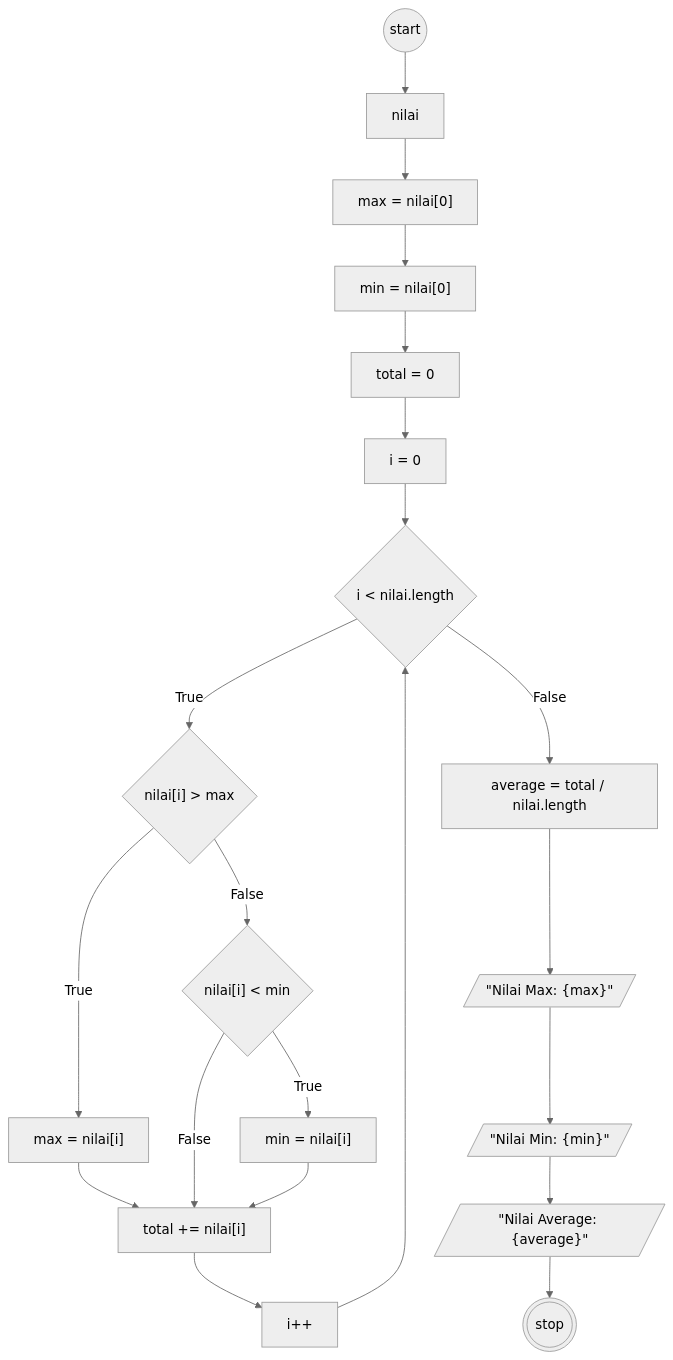
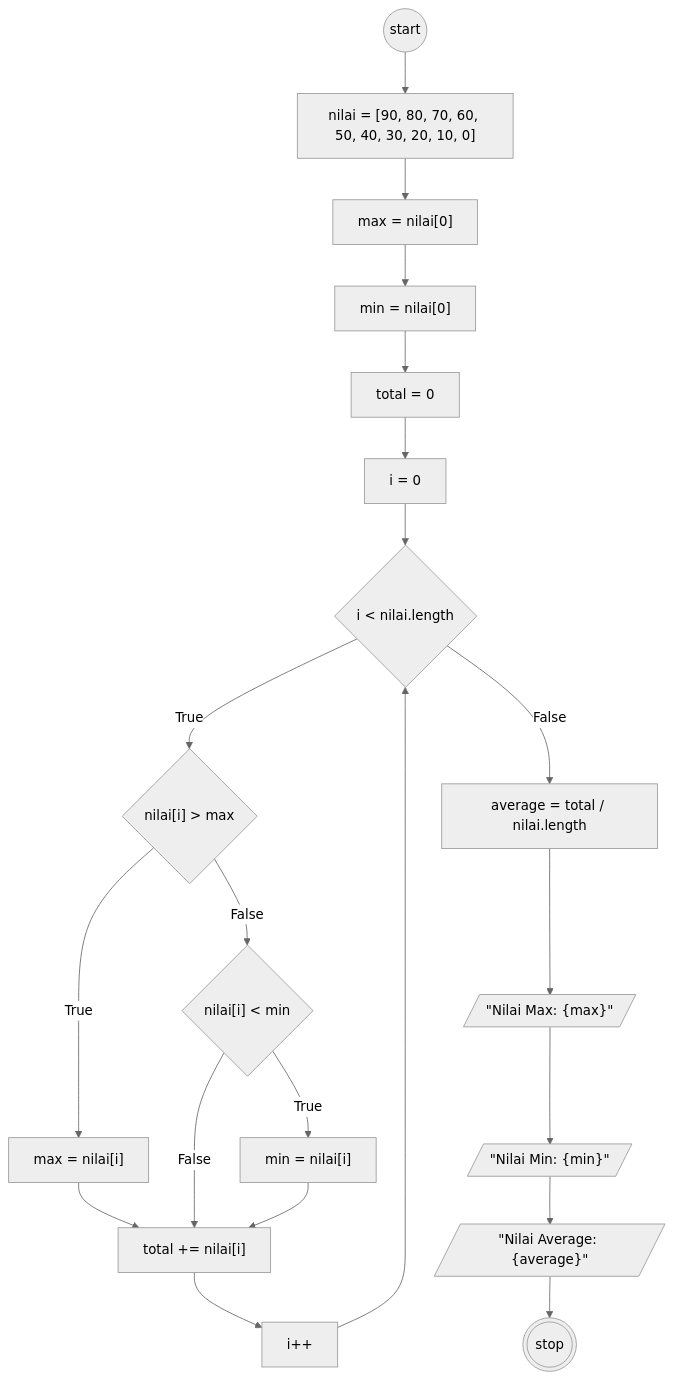
The diagram in readme.md (MuhamadRafliShidiq/koda-b8-javascript2), drawn with Mermaid (neutral theme) before and after one commit.

````diff
--- a/readme.md
+++ b/readme.md
@@ -7,34 +7,34 @@
 ```mermaid
     flowchart TD
 
     a@{shape: circle, label: "start"}
-    b@{shape: rect, label: "nilai" }
+    b@{shape: rect, label: "nilai = [90, 80, 70, 60, 50, 40, 30, 20, 10, 0]" }
     c@{shape: rect, label: "max = nilai[0]"}
     d@{shape: rect, label: "min = nilai[0]"}
     e@{shape: rect, label: "total = 0"}
     f@{shape: rect, label: "i = 0" }
     g@{shape: diamond, label: "i < nilai.length"}
     h@{shape: diamond, label: "nilai[i] > max"}
     i@{shape: rect, label: 'max = nilai[i]'}
     j@{shape: diamond, label: "nilai[i] < min"}
-    k@{shape: rect, label: "min = nilai[i]"}
-    l@{shape: rect, label: "total += nilai[i]"}
+    k@{shape: rect, label: 'min = nilai[i]'}
+    l@{shape: rect, label: 'total += nilai[i]'}
     r@{shape: rect, label: "i++"}
 
     m@{shape: rect, label: "average = total / nilai.length" }
     n@{shape: lean-r, label: '"Nilai Max: {max}"'}
     q@{shape: lean-r, label: '"Nilai Min: {min}"'}
     p@{shape: lean-r, label: '"Nilai Average: {average}"'}
     z@{shape: dbl-circ, label: "stop"}
 
 
     a-->b-->c-->d-->e-->f-->g
     g--True-->h
     h--True-->i-->l
     h--False-->j
     j--False-->l
     j--True-->k-->l
     l-->r-->g
 
     g--False-->m-->n-->q-->p-->z
 ```
````
